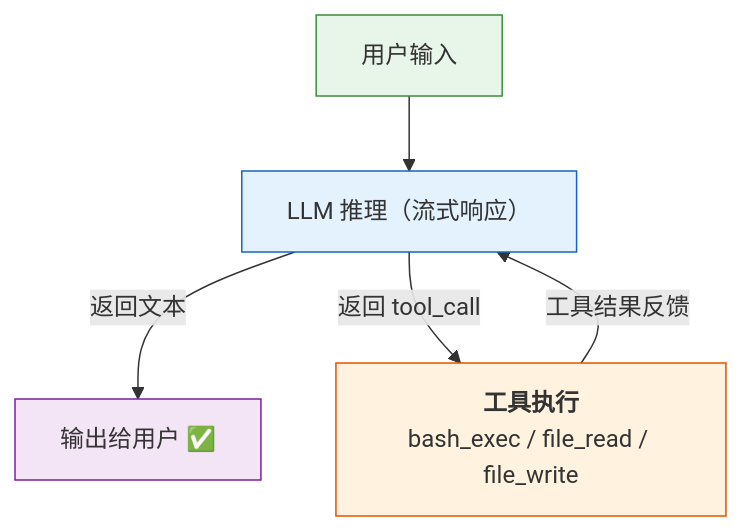
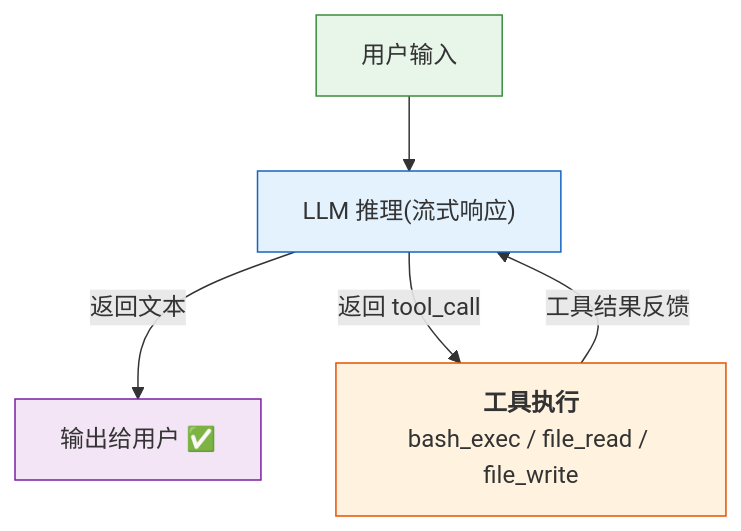
Before and after one commit to yeasy/harness_engineering_guide: the first of 2 diagrams in lab/README.md, drawn with Mermaid. The commit also changed other lines of this file and 58 other files, not shown here.

````diff
--- a/lab/README.md
+++ b/lab/README.md
@@ -85,12 +85,12 @@
 ```mermaid
 flowchart TD
-    A["用户输入"] --> B["LLM 推理（流式响应）"]
+    A["用户输入"] --> B["LLM 推理(流式响应)"]
     B -->|"返回文本"| C["输出给用户 ✅"]
     B -->|"返回 tool_call"| D["<b>工具执行</b><br/>bash_exec / file_read / file_write"]
     D -->|"工具结果反馈"| B
 
     style A fill:#e8f5e9,stroke:#388e3c
     style B fill:#e3f2fd,stroke:#1565c0
     style C fill:#f3e5f5,stroke:#7b1fa2
     style D fill:#fff3e0,stroke:#e65100
 ```
````
